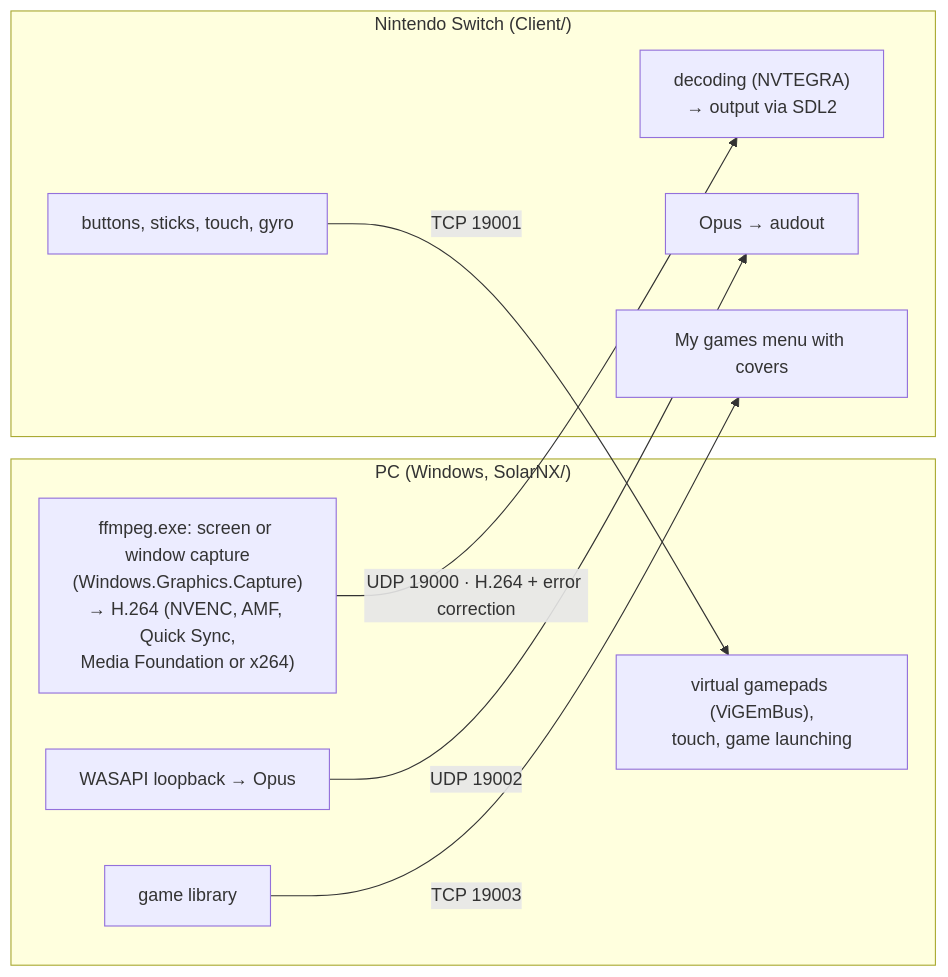
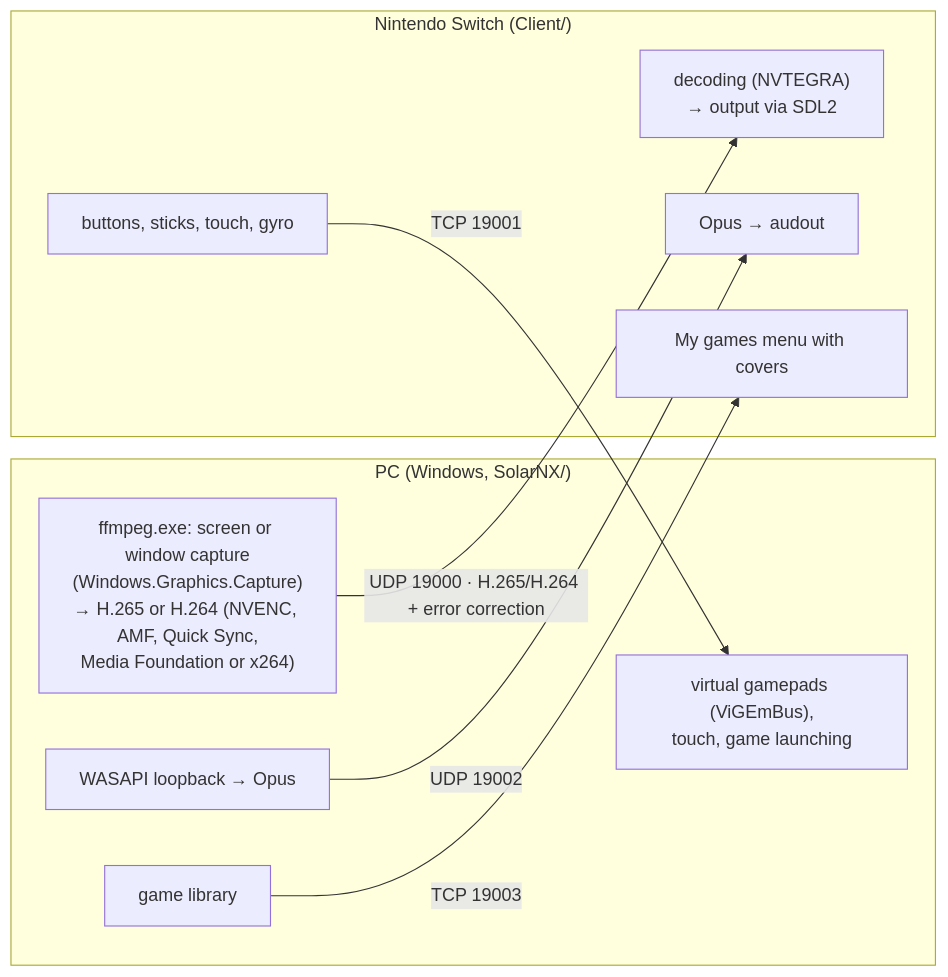
Before and after one commit to HaDoKit/SolarNX: the diagram in docs/architecture.en.md, drawn with Mermaid. The commit also changed other lines of this file and 24 other files, not shown here.

````diff
--- a/docs/architecture.en.md
+++ b/docs/architecture.en.md
@@ -7,19 +7,19 @@
 ```mermaid
 flowchart LR
     subgraph PC["PC (Windows, SolarNX/)"]
-        cap["ffmpeg.exe: screen or window capture<br/>(Windows.Graphics.Capture)<br/>→ H.264 (NVENC, AMF, Quick Sync,<br/>Media Foundation or x264)"]
+        cap["ffmpeg.exe: screen or window capture<br/>(Windows.Graphics.Capture)<br/>→ H.265 or H.264 (NVENC, AMF, Quick Sync,<br/>Media Foundation or x264)"]
         aud["WASAPI loopback → Opus"]
         inp["virtual gamepads (ViGEmBus),<br/>touch, game launching"]
         lib["game library"]
     end
     subgraph NX["Nintendo Switch (Client/)"]
         dec["decoding (NVTEGRA)<br/>→ output via SDL2"]
         play["Opus → audout"]
         ctl["buttons, sticks, touch, gyro"]
         menu["My games menu with covers"]
     end
-    cap -- "UDP 19000 · H.264 + error correction" --> dec
+    cap -- "UDP 19000 · H.265/H.264 + error correction" --> dec
     aud -- "UDP 19002" --> play
     ctl -- "TCP 19001" --> inp
     lib -- "TCP 19003" --> menu
 ```
````
